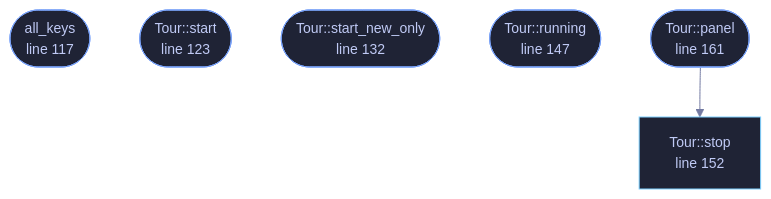
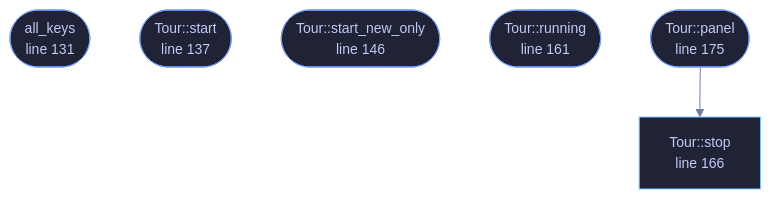
The diagram in wiki/File-veilvoice-gui-tour.md (tilas01/veilvoice), drawn with Mermaid before and after one commit. The commit also changed other lines of this file and 81 other files, not shown here.

````diff
--- a/wiki/File-veilvoice-gui-tour.md
+++ b/wiki/File-veilvoice-gui-tour.md
@@ -80,21 +80,21 @@
 ```mermaid
 %%{init: {"theme":"base","themeVariables":{"background":"#1a1b26","primaryColor":"#1f2335","primaryTextColor":"#c0caf5","primaryBorderColor":"#7aa2f7","secondaryColor":"#16161e","tertiaryColor":"#16161e","lineColor":"#737aa2","textColor":"#c0caf5","mainBkg":"#1f2335","nodeBorder":"#7aa2f7","clusterBkg":"#16161e","clusterBorder":"#2f3549","fontFamily":"ui-monospace, SFMono-Regular, Consolas, monospace","fontSize":"14px"}}}%%
 flowchart TD
-    n_all_keys(["all_keys<br/>line 117"])
-    n_start(["Tour::start<br/>line 123"])
-    n_start_new_only(["Tour::start_new_only<br/>line 132"])
-    n_running(["Tour::running<br/>line 147"])
-    n_stop["Tour::stop<br/>line 152"]
-    n_panel(["Tour::panel<br/>line 161"])
+    n_all_keys(["all_keys<br/>line 131"])
+    n_start(["Tour::start<br/>line 137"])
+    n_start_new_only(["Tour::start_new_only<br/>line 146"])
+    n_running(["Tour::running<br/>line 161"])
+    n_stop["Tour::stop<br/>line 166"]
+    n_panel(["Tour::panel<br/>line 175"])
     n_panel --> n_stop
-    click n_all_keys href "https://github.com/tilas01/veilvoice/blob/main/crates/veilvoice-gui/src/tour.rs#L117" "open the source"
-    click n_start href "https://github.com/tilas01/veilvoice/blob/main/crates/veilvoice-gui/src/tour.rs#L123" "open the source"
-    click n_start_new_only href "https://github.com/tilas01/veilvoice/blob/main/crates/veilvoice-gui/src/tour.rs#L132" "open the source"
-    click n_running href "https://github.com/tilas01/veilvoice/blob/main/crates/veilvoice-gui/src/tour.rs#L147" "open the source"
-    click n_stop href "https://github.com/tilas01/veilvoice/blob/main/crates/veilvoice-gui/src/tour.rs#L152" "open the source"
-    click n_panel href "https://github.com/tilas01/veilvoice/blob/main/crates/veilvoice-gui/src/tour.rs#L161" "open the source"
+    click n_all_keys href "https://github.com/tilas01/veilvoice/blob/main/crates/veilvoice-gui/src/tour.rs#L131" "open the source"
+    click n_start href "https://github.com/tilas01/veilvoice/blob/main/crates/veilvoice-gui/src/tour.rs#L137" "open the source"
+    click n_start_new_only href "https://github.com/tilas01/veilvoice/blob/main/crates/veilvoice-gui/src/tour.rs#L146" "open the source"
+    click n_running href "https://github.com/tilas01/veilvoice/blob/main/crates/veilvoice-gui/src/tour.rs#L161" "open the source"
+    click n_stop href "https://github.com/tilas01/veilvoice/blob/main/crates/veilvoice-gui/src/tour.rs#L166" "open the source"
+    click n_panel href "https://github.com/tilas01/veilvoice/blob/main/crates/veilvoice-gui/src/tour.rs#L175" "open the source"
     classDef entry fill:#1f2335,stroke:#7aa2f7,color:#c0caf5
     class n_all_keys,n_start,n_start_new_only,n_running,n_panel entry
     classDef api fill:#1f2335,stroke:#7dcfff,color:#c0caf5
     class n_stop api
 ```
````
